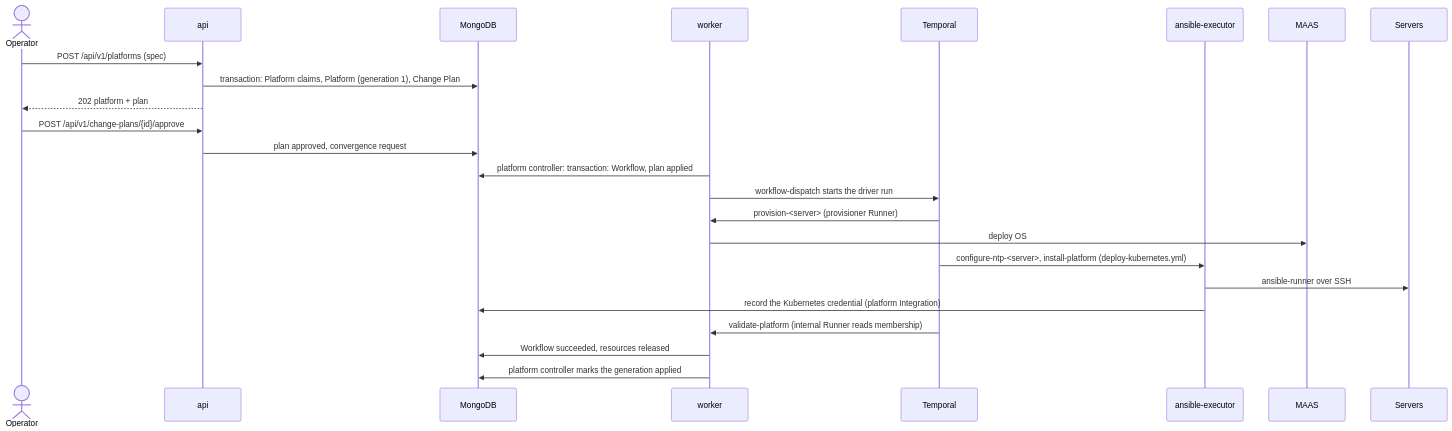
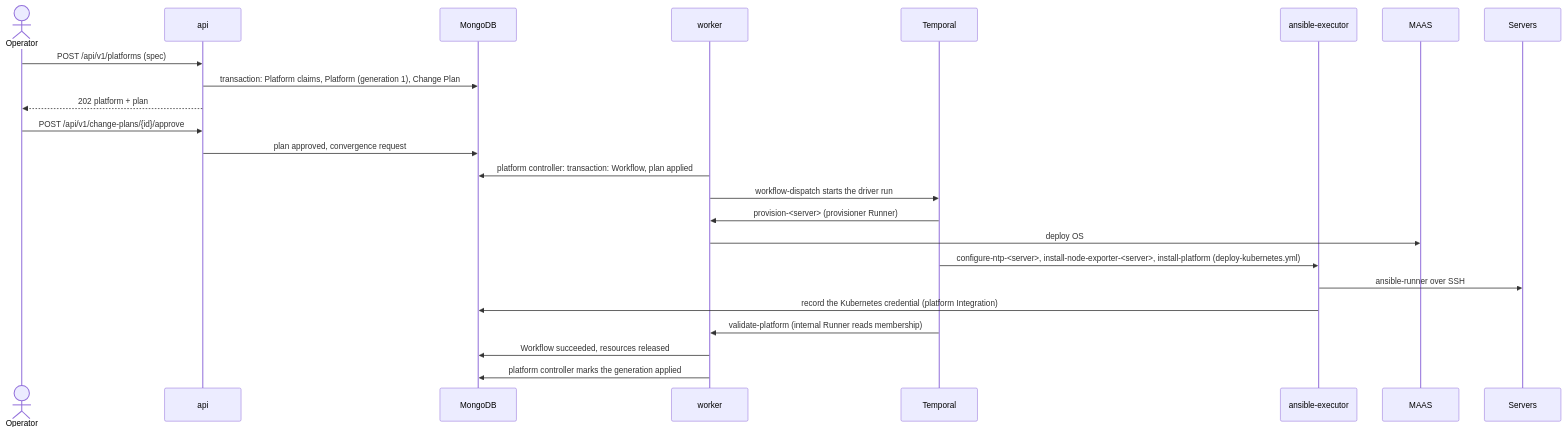
The second of 2 diagrams in docs/development/system-overview.md (maple52046/swallow), drawn with Mermaid before and after one commit. The commit also changed other lines of this file and 123 other files, not shown here.

````diff
--- a/docs/development/system-overview.md
+++ b/docs/development/system-overview.md
@@ -124,27 +122,27 @@
 ```mermaid
 sequenceDiagram
     actor Operator
     participant API as api
     participant DB as MongoDB
     participant W as worker
     participant T as Temporal
     participant X as ansible-executor
     participant MAAS
     participant Hosts as Servers
 
     Operator->>API: POST /api/v1/platforms (spec)
     API->>DB: transaction: Platform claims, Platform (generation 1), Change Plan
     API-->>Operator: 202 platform + plan
     Operator->>API: POST /api/v1/change-plans/{id}/approve
     API->>DB: plan approved, convergence request
     W->>DB: platform controller: transaction: Workflow, plan applied
     W->>T: workflow-dispatch starts the driver run
     T->>W: provision-<server> (provisioner Runner)
     W->>MAAS: deploy OS
-    T->>X: configure-ntp-<server>, install-platform (deploy-kubernetes.yml)
+    T->>X: configure-ntp-<server>, install-node-exporter-<server>, install-platform (deploy-kubernetes.yml)
     X->>Hosts: ansible-runner over SSH
     X->>DB: record the Kubernetes credential (platform Integration)
     T->>W: validate-platform (internal Runner reads membership)
     W->>DB: Workflow succeeded, resources released
     W->>DB: platform controller marks the generation applied
 ```
````
